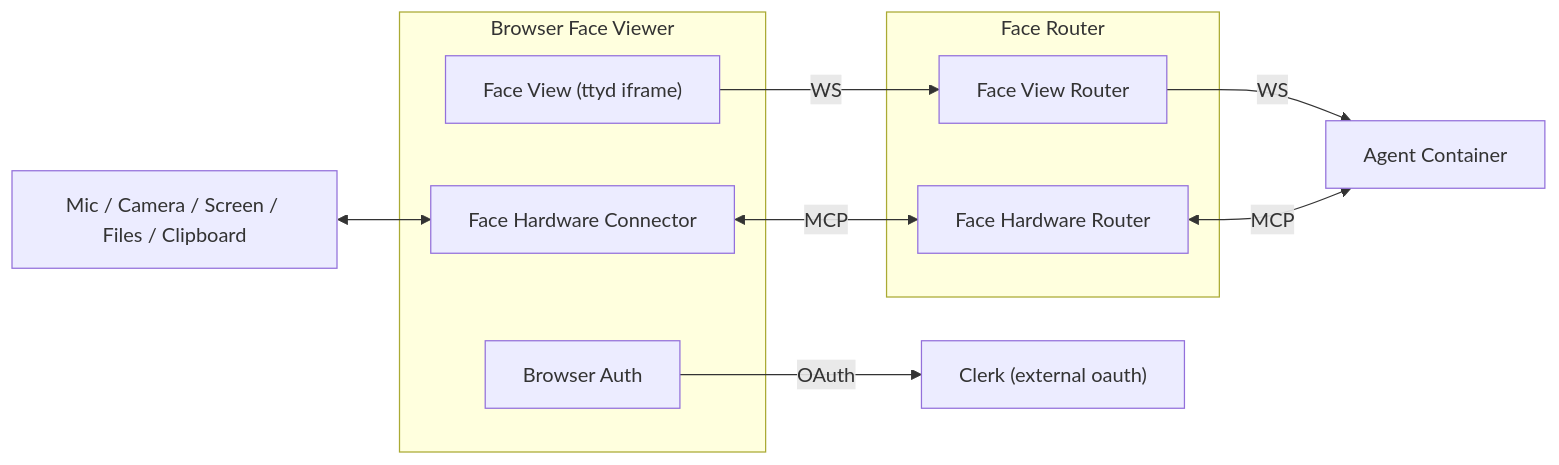
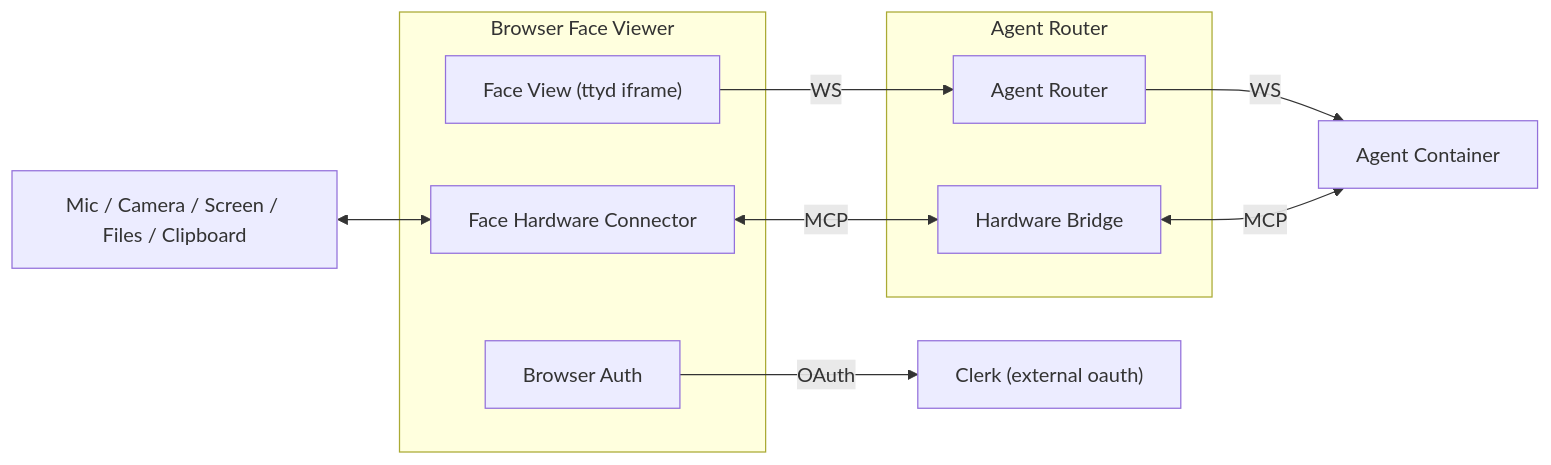
Before and after one commit to dreamcatcher-tech/artifact-codex: the first of 2 diagrams in design/docs/ARCHITECTURE.md, drawn with Mermaid. The commit also changed other lines of this file and 45 other files, not shown here.

Commit message:
mcp agent control

````diff
--- a/design/docs/ARCHITECTURE.md
+++ b/design/docs/ARCHITECTURE.md
@@ -25,23 +25,23 @@
 ```mermaid
 flowchart LR
   DEV["Mic / Camera / Screen / Files / Clipboard"]
   subgraph Browser Face Viewer
     FV["Face View (ttyd iframe)"]
     BM["Face Hardware Connector"]
     BA[Browser Auth]
   end
-  subgraph Face Router
-    FVR[Face View Router]
-    FR[Face Hardware Router]
+  subgraph Agent Router
+    AR[Agent Router]
+    HB[Hardware Bridge]
 
   end
   AG["Agent Container"]
   CL["Clerk (external oauth)"]
 
   DEV <--> BM
-  FV -->|WS| FVR
-  FVR -->|WS| AG
-  BM <-->|MCP| FR
-  FR <-->|MCP| AG
+  FV -->|WS| AR
+  AR -->|WS| AG
+  BM <-->|MCP| HB
+  HB <-->|MCP| AG
   BA -->|OAuth| CL
 ```
````
